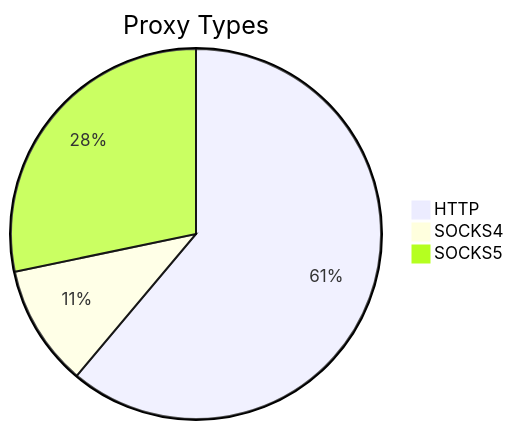
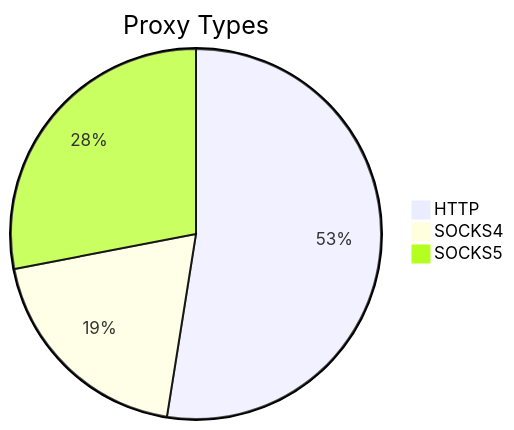
Before and after one commit to stormsia/proxy-list: the first of 2 diagrams in README.md, drawn with Mermaid. The commit also changed other lines of this file, not shown here.

````diff
--- a/README.md
+++ b/README.md
@@ -21,6 +21,6 @@
 ```mermaid
 pie title Proxy Types
-    "HTTP" : 173
-    "SOCKS4" : 30
-    "SOCKS5" : 80
+    "HTTP" : 251
+    "SOCKS4" : 93
+    "SOCKS5" : 134
 ```
````
